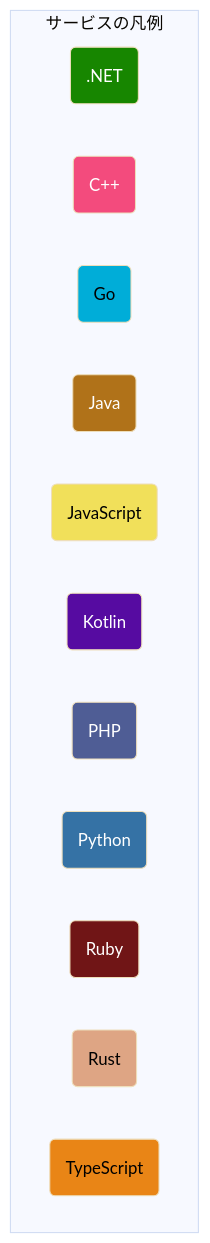
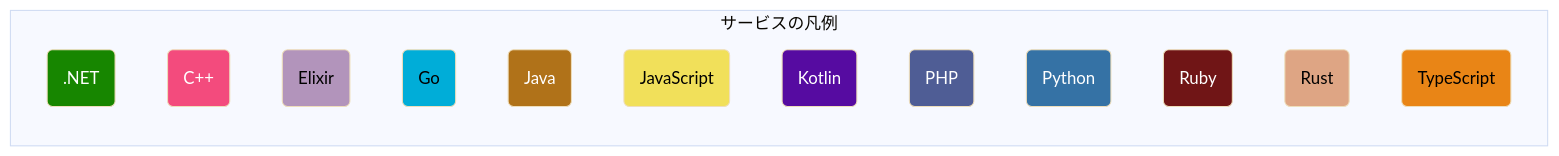
Before and after one commit to open-telemetry/opentelemetry.io: the second of 3 diagrams in content/ja/docs/demo/architecture.md, drawn with Mermaid (base theme). The commit also changed other lines of this file, not shown here.

Commit message:
fix: drifted a file of content/ja/docs/demo/architecture.md

````diff
--- a/content/ja/docs/demo/architecture.md
+++ b/content/ja/docs/demo/architecture.md
@@ -95,28 +98,30 @@
 ```mermaid
-graph TD
+graph LR
 subgraph サービスの凡例
   dotnetsvc(.NET):::dotnet
   cppsvc(C++):::cpp
+  elixirsvc(Elixir):::elixir
   golangsvc(Go):::golang
   javasvc(Java):::java
   javascriptsvc(JavaScript):::javascript
   kotlinsvc(Kotlin):::kotlin
   phpsvc(PHP):::php
   pythonsvc(Python):::python
   rubysvc(Ruby):::ruby
   rustsvc(Rust):::rust
   typescriptsvc(TypeScript):::typescript
 end
 
 classDef dotnet fill:#178600,color:white;
 classDef cpp fill:#f34b7d,color:white;
+classDef elixir fill:#b294bb,color:black;
 classDef golang fill:#00add8,color:black;
 classDef java fill:#b07219,color:white;
 classDef javascript fill:#f1e05a,color:black;
 classDef kotlin fill:#560ba1,color:white;
 classDef php fill:#4f5d95,color:white;
 classDef python fill:#3572A5,color:white;
 classDef ruby fill:#701516,color:white;
 classDef rust fill:#dea584,color:black;
 classDef typescript fill:#e98516,color:black;
 ```
````
